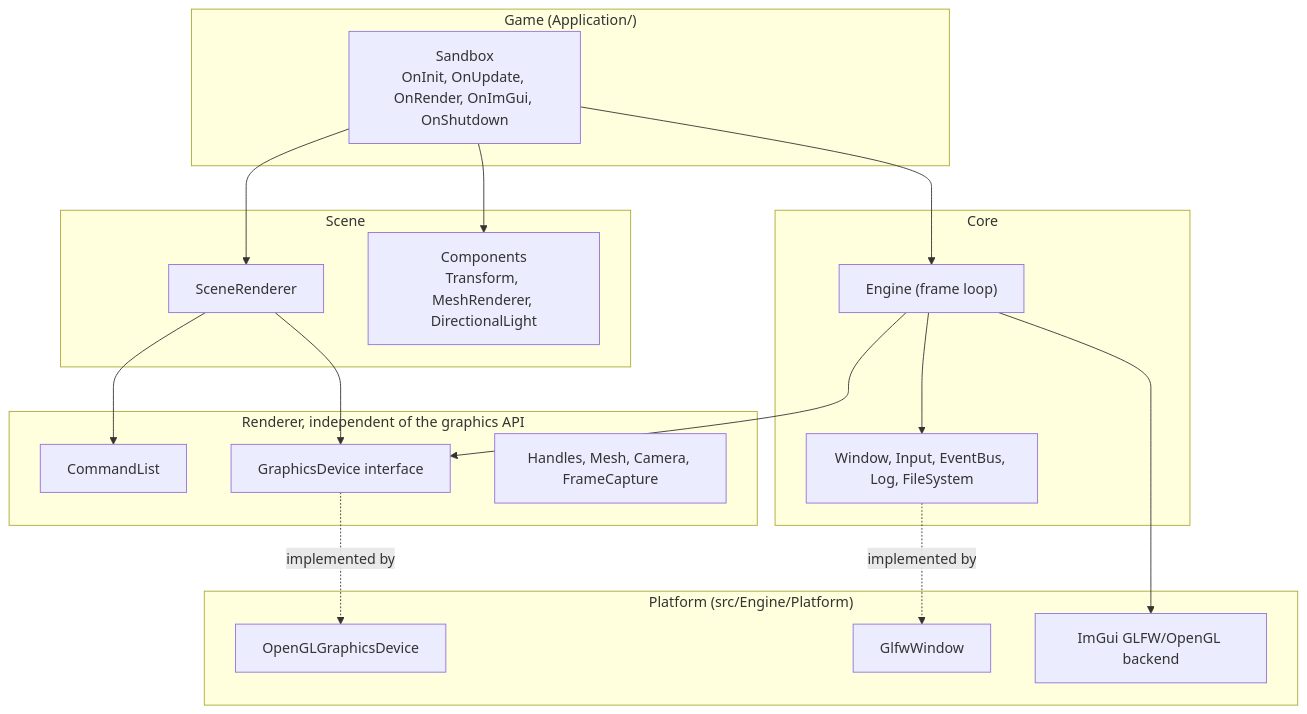
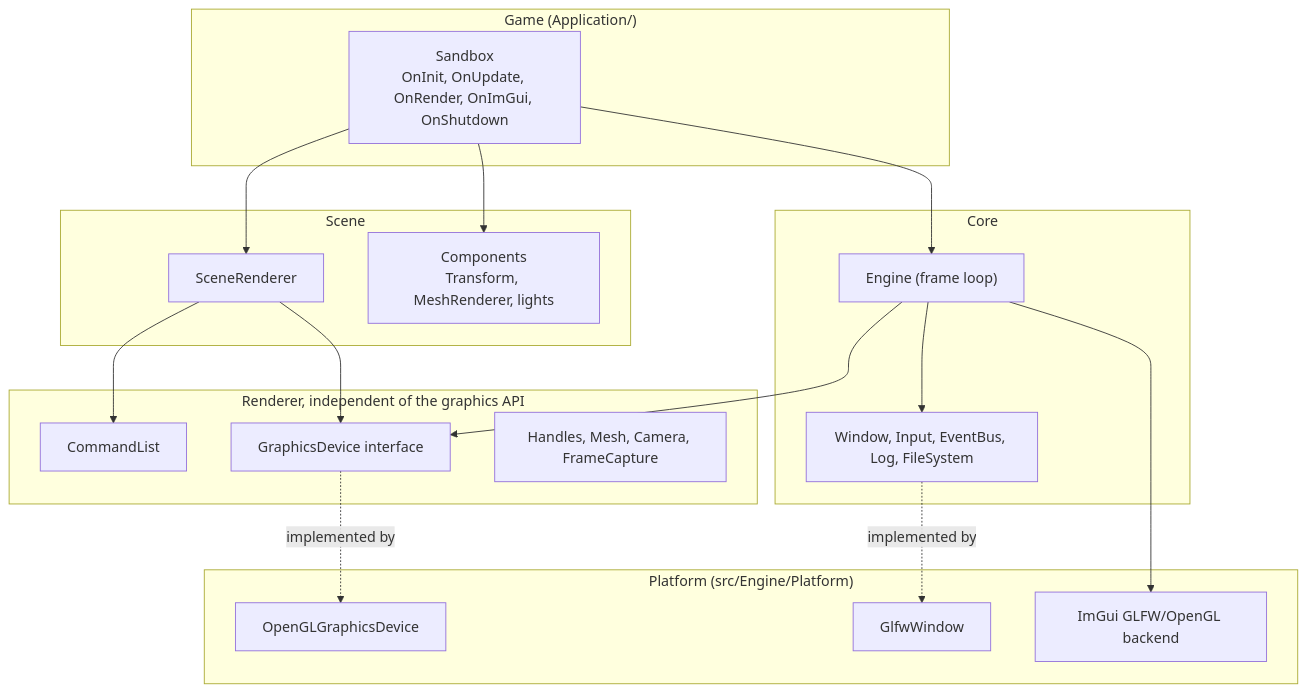
The first of 2 diagrams in docs/architecture.md (Samshiba/game-engine-foundations), drawn with Mermaid before and after one commit. The commit also changed other lines of this file and 1 other file, not shown here.

Commit message:
[GEF-50] docs: Describe the light storage buffers, attenuation and tone mapping

````diff
--- a/docs/architecture.md
+++ b/docs/architecture.md
@@ -32,39 +33,39 @@
 ```mermaid
 flowchart TB
     subgraph APP["Game (Application/)"]
         GAME["Sandbox<br/>OnInit, OnUpdate, OnRender, OnImGui, OnShutdown"]
     end
 
     subgraph SCENE["Scene"]
         SR["SceneRenderer"]
-        COMP["Components<br/>Transform, MeshRenderer, DirectionalLight"]
+        COMP["Components<br/>Transform, MeshRenderer, lights"]
     end
 
     subgraph RENDERER["Renderer, independent of the graphics API"]
         CMD["CommandList"]
         DEV["GraphicsDevice interface"]
         MISC["Handles, Mesh, Camera, FrameCapture"]
     end
 
     subgraph CORE["Core"]
         ENG["Engine (frame loop)"]
         SVC["Window, Input, EventBus, Log, FileSystem"]
     end
 
     subgraph PLATFORM["Platform (src/Engine/Platform)"]
         GL["OpenGLGraphicsDevice"]
         WIN["GlfwWindow"]
         GUI["ImGui GLFW/OpenGL backend"]
     end
 
     GAME --> SR
     GAME --> COMP
     GAME --> ENG
     SR --> CMD
     SR --> DEV
     ENG --> SVC
     ENG --> DEV
     DEV -. implemented by .-> GL
     SVC -. implemented by .-> WIN
     ENG --> GUI
 ```
````
